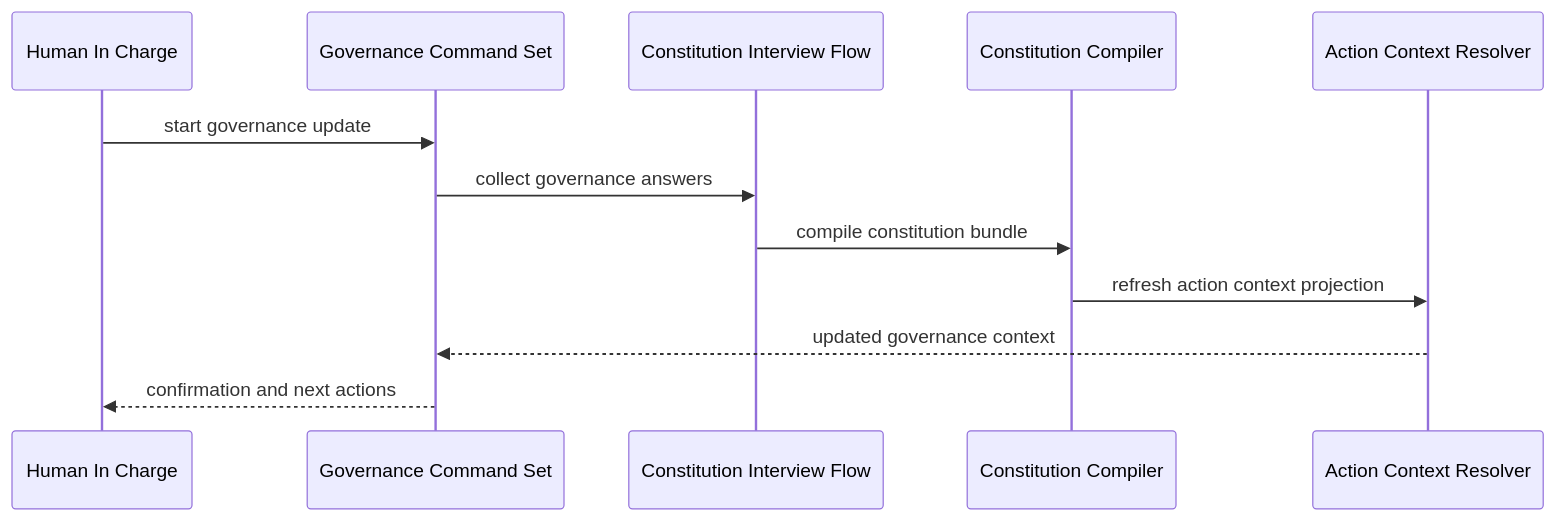
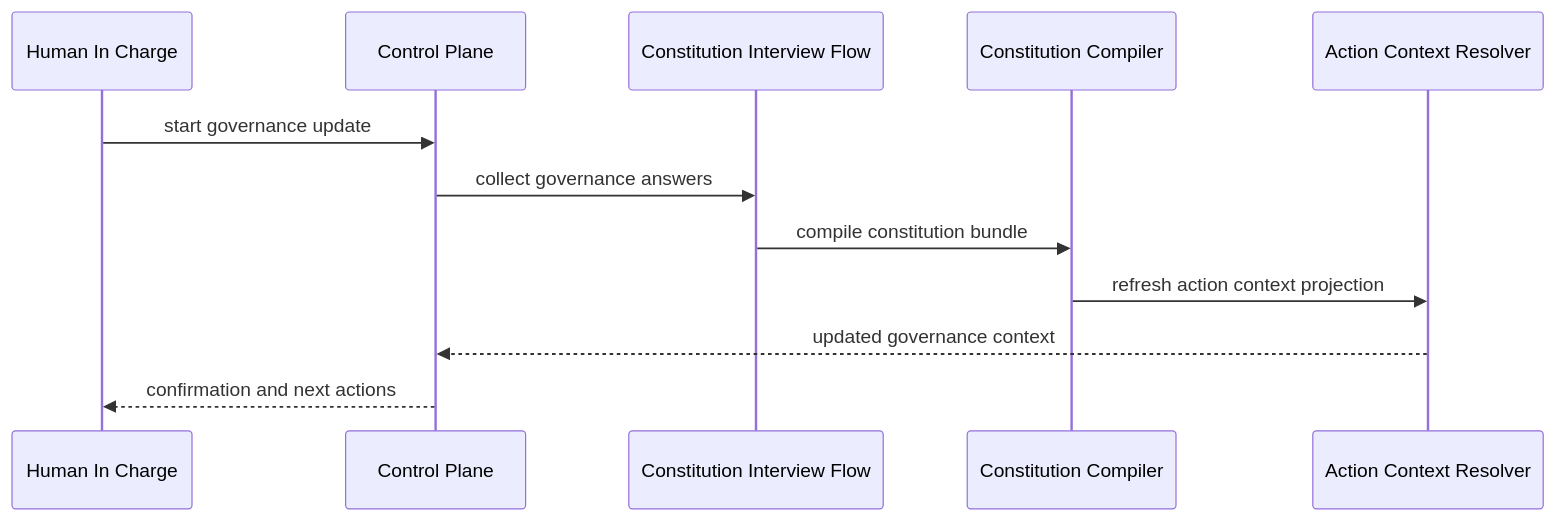
Before and after one commit to stijn-dejongh/spec-kitty: the sixth of 7 diagrams in architecture/2.x/03_components/README.md, drawn with Mermaid. The commit also changed other lines of this file and 319 other files, not shown here.

First line of the commit message:
feat: doctrine artifact domain models, C4 architecture, and curation pipeline (spec 046)

````diff
--- a/architecture/2.x/03_components/README.md
+++ b/architecture/2.x/03_components/README.md
@@ -212,15 +384,15 @@
 ```mermaid
 sequenceDiagram
     participant Human as Human In Charge
-    participant GovCmd as Governance Command Set
+    participant CP as Control Plane
     participant Interview as Constitution Interview Flow
     participant Compile as Constitution Compiler
     participant Resolver as Action Context Resolver
 
-    Human->>GovCmd: start governance update
-    GovCmd->>Interview: collect governance answers
+    Human->>CP: start governance update
+    CP->>Interview: collect governance answers
     Interview->>Compile: compile constitution bundle
     Compile->>Resolver: refresh action context projection
-    Resolver-->>GovCmd: updated governance context
-    GovCmd-->>Human: confirmation and next actions
+    Resolver-->>CP: updated governance context
+    CP-->>Human: confirmation and next actions
 ```
````
